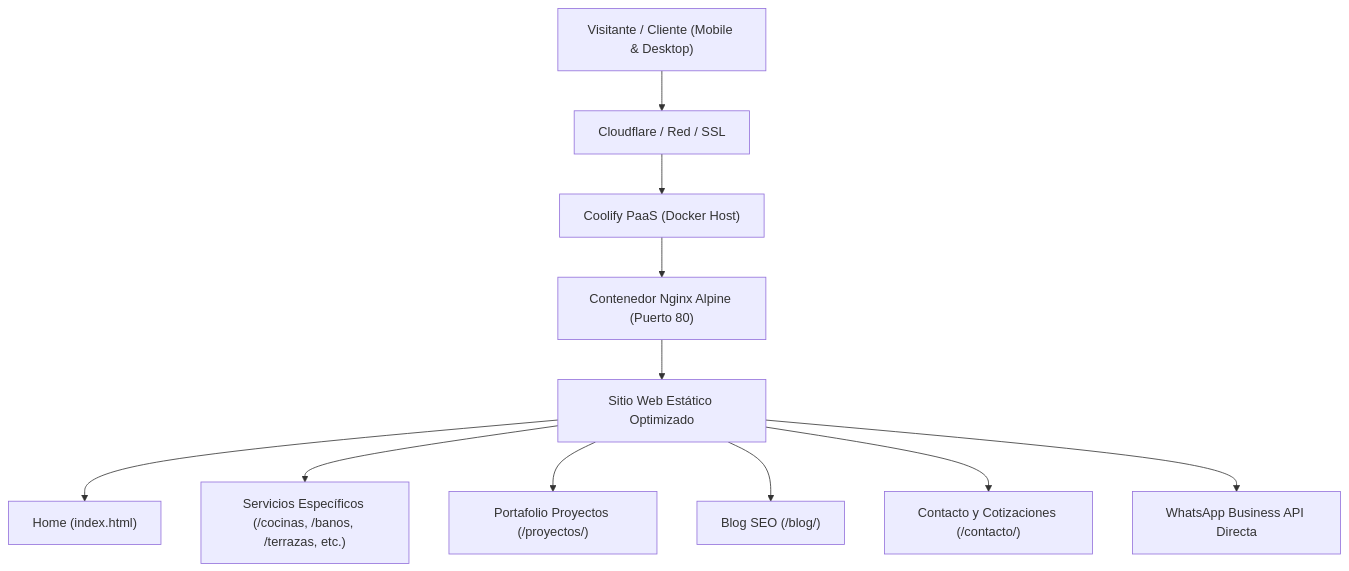
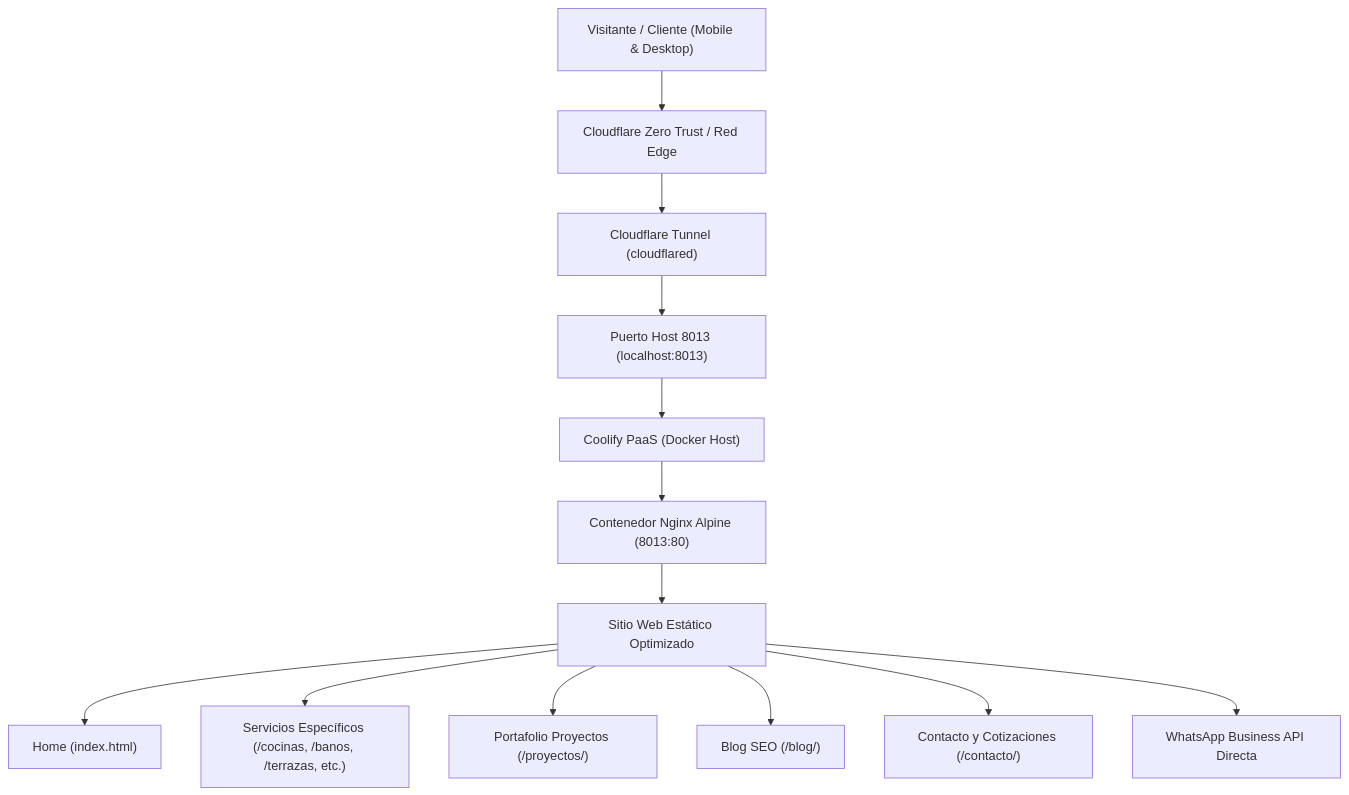
The diagram in mapa_conceptual.md (jbastardo/web-sole), drawn with Mermaid before and after one commit. The commit also changed other lines of this file, not shown here.

Commit message:
docs: update conceptual map with port 8013 and cloudflare tunnel details

````diff
--- a/mapa_conceptual.md
+++ b/mapa_conceptual.md
@@ -15,13 +15,15 @@
 ```mermaid
 graph TD
-    Client["Visitante / Cliente (Mobile & Desktop)"] --> Cloudflare["Cloudflare / Red / SSL"]
-    Cloudflare --> Coolify["Coolify PaaS (Docker Host)"]
-    Coolify --> Container["Contenedor Nginx Alpine (Puerto 80)"]
+    Client["Visitante / Cliente (Mobile & Desktop)"] --> Cloudflare["Cloudflare Zero Trust / Red Edge"]
+    Cloudflare --> CFTunnel["Cloudflare Tunnel (cloudflared)"]
+    CFTunnel --> HostPort["Puerto Host 8013 (localhost:8013)"]
+    HostPort --> Coolify["Coolify PaaS (Docker Host)"]
+    Coolify --> Container["Contenedor Nginx Alpine (8013:80)"]
     Container --> StaticSite["Sitio Web Estático Optimizado"]
     StaticSite --> Home["Home (index.html)"]
     StaticSite --> Services["Servicios Específicos (/cocinas, /banos, /terrazas, etc.)"]
     StaticSite --> Projects["Portafolio Proyectos (/proyectos/)"]
     StaticSite --> Blog["Blog SEO (/blog/)"]
     StaticSite --> Contact["Contacto y Cotizaciones (/contacto/)"]
     StaticSite --> WhatsApp["WhatsApp Business API Directa"]
 ```
````
